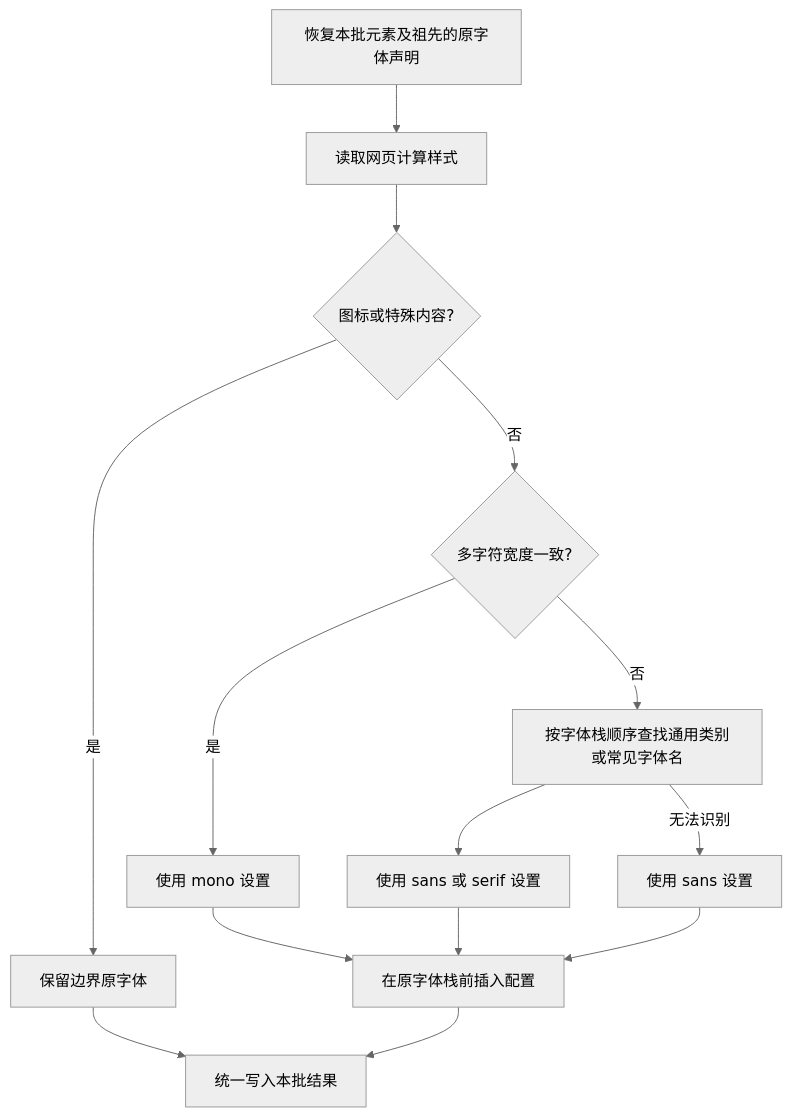
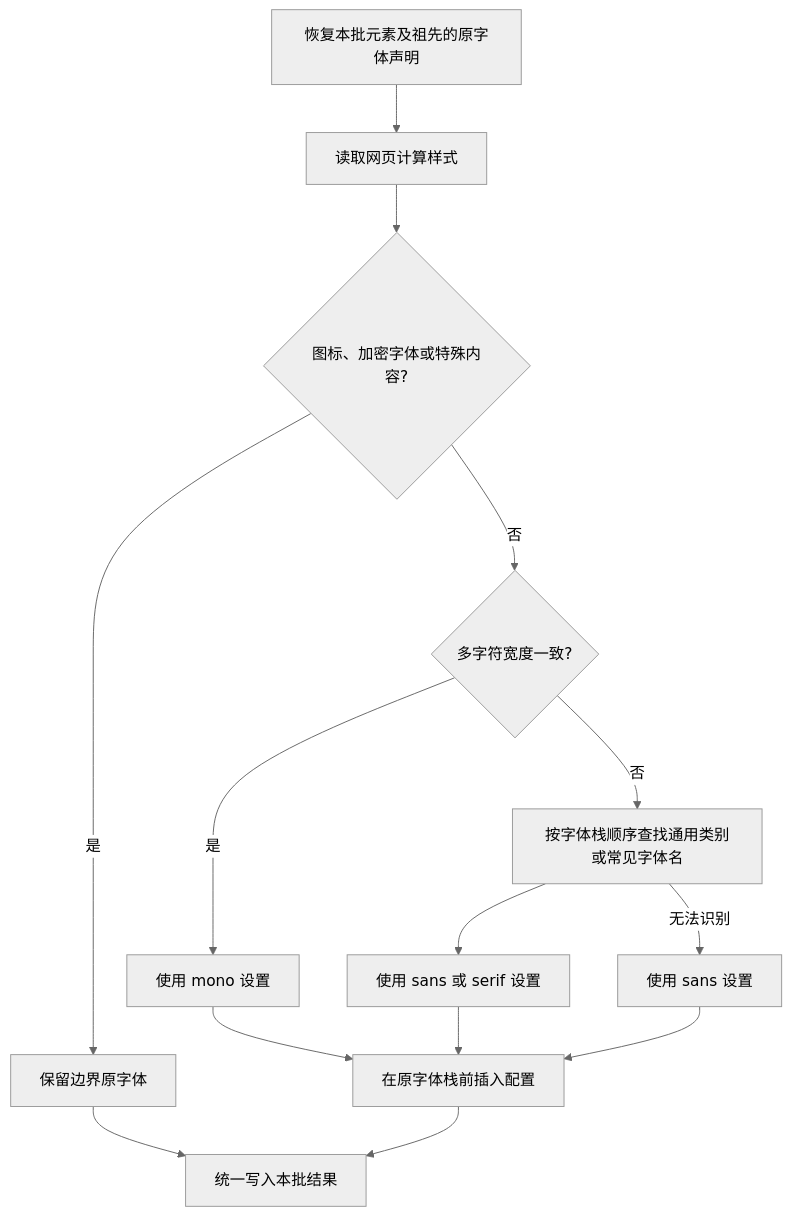
Before and after one commit to yjydist/font-override: the first of 2 diagrams in README.md, drawn with Mermaid (neutral theme). The commit also changed other lines of this file and 4 other files, not shown here.

````diff
--- a/README.md
+++ b/README.md
@@ -49,16 +49,16 @@
 ```mermaid
 flowchart TD
     A[恢复本批元素及祖先的原字体声明] --> B[读取网页计算样式]
-    B --> C{图标或特殊内容?}
+    B --> C{图标、加密字体或特殊内容?}
     C -->|是| D[保留边界原字体]
     C -->|否| E{多字符宽度一致?}
     E -->|是| F[使用 mono 设置]
     E -->|否| G[按字体栈顺序查找通用类别或常见字体名]
     G --> H[使用 sans 或 serif 设置]
     G -->|无法识别| I[使用 sans 设置]
     F --> J[在原字体栈前插入配置]
     H --> J
     I --> J
     D --> K[统一写入本批结果]
     J --> K
 ```
````
